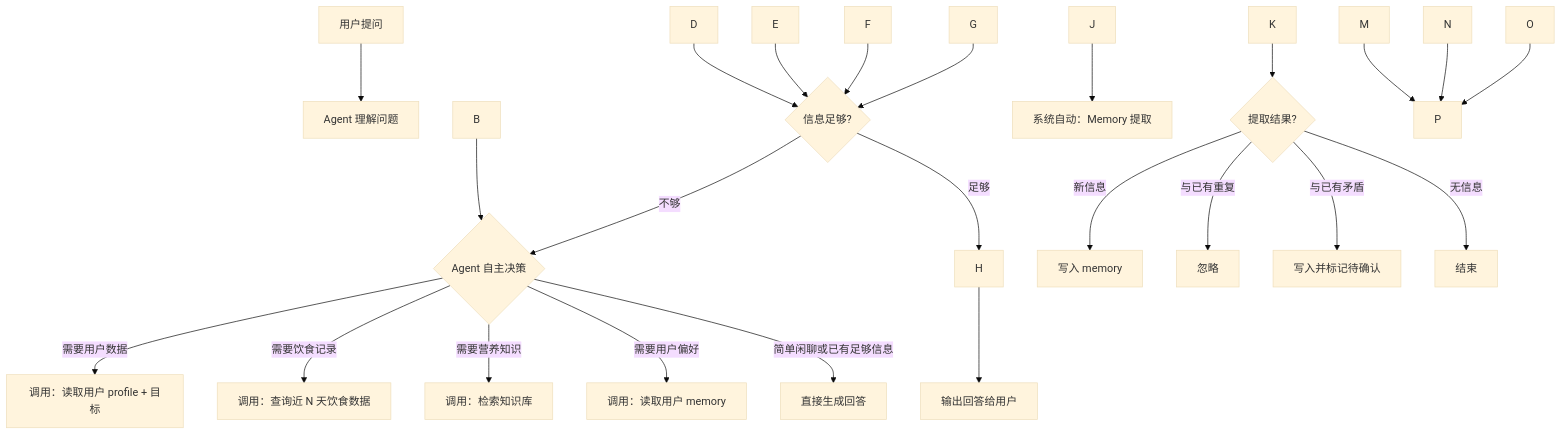
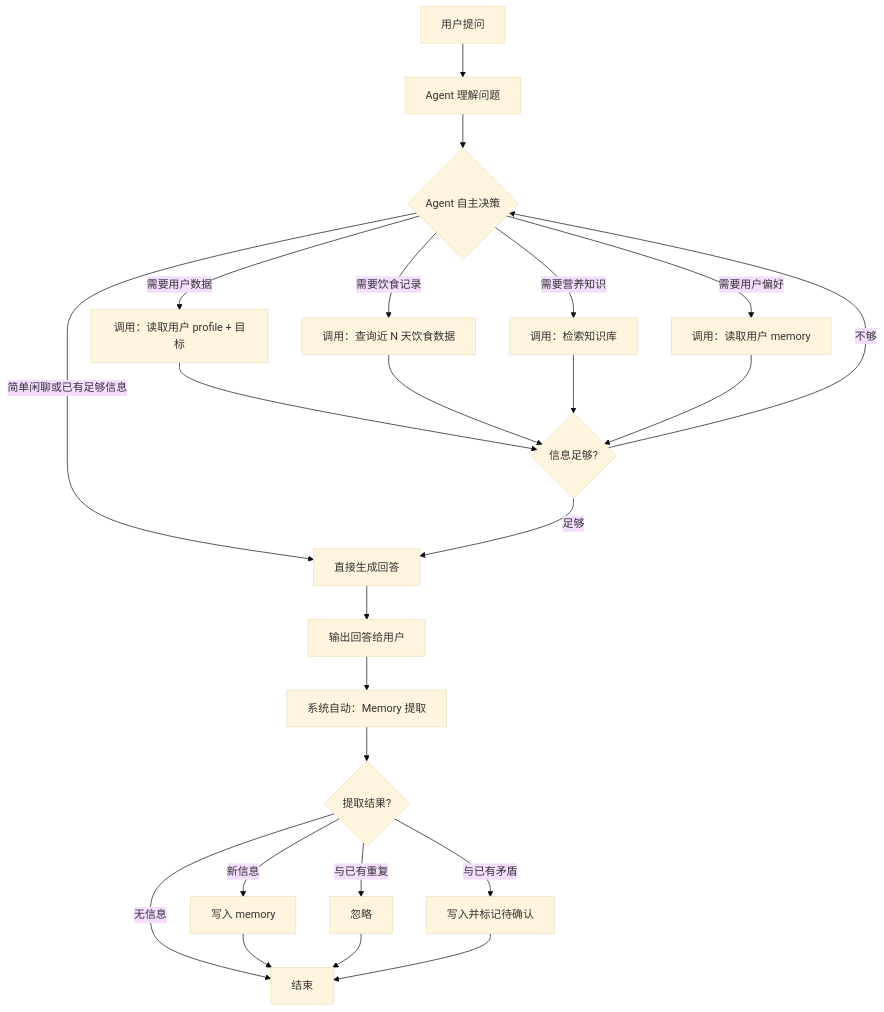
One commit to BB-BOO/shiguangji changed the fifth of 10 diagrams in docs/食光记-PRD-最终版.md. Above: the diagram before and after it, drawn with Mermaid (base theme). The commit also changed other lines of this file and 3 other files, not shown here.

````diff
--- a/docs/食光记-PRD-最终版.md
+++ b/docs/食光记-PRD-最终版.md
@@ -481,26 +481,26 @@
 ```mermaid
 flowchart TD
-    A\[用户提问] --> B\[Agent 理解问题]
+    A[用户提问] --> B[Agent 理解问题]
     B --> C{Agent 自主决策}
-    C -->|需要用户数据| D\[调用：读取用户 profile + 目标]
-    C -->|需要饮食记录| E\[调用：查询近 N 天饮食数据]
-    C -->|需要营养知识| F\[调用：检索知识库]
-    C -->|需要用户偏好| G\[调用：读取用户 memory]
-    C -->|简单闲聊或已有足够信息| H\[直接生成回答]
+    C -->|需要用户数据| D[调用：读取用户 profile + 目标]
+    C -->|需要饮食记录| E[调用：查询近 N 天饮食数据]
+    C -->|需要营养知识| F[调用：检索知识库]
+    C -->|需要用户偏好| G[调用：读取用户 memory]
+    C -->|简单闲聊或已有足够信息| H[直接生成回答]
     D --> I{信息足够?}
     E --> I
     F --> I
     G --> I
     I -->|不够| C
     I -->|足够| H
-    H --> J\[输出回答给用户]
-    J --> K\[系统自动：Memory 提取]
+    H --> J[输出回答给用户]
+    J --> K[系统自动：Memory 提取]
     K --> L{提取结果?}
-    L -->|新信息| M\[写入 memory]
-    L -->|与已有重复| N\[忽略]
-    L -->|与已有矛盾| O\[写入并标记待确认]
-    L -->|无信息| P\[结束]
+    L -->|新信息| M[写入 memory]
+    L -->|与已有重复| N[忽略]
+    L -->|与已有矛盾| O[写入并标记待确认]
+    L -->|无信息| P[结束]
     M --> P
     N --> P
     O --> P
 ```
````
